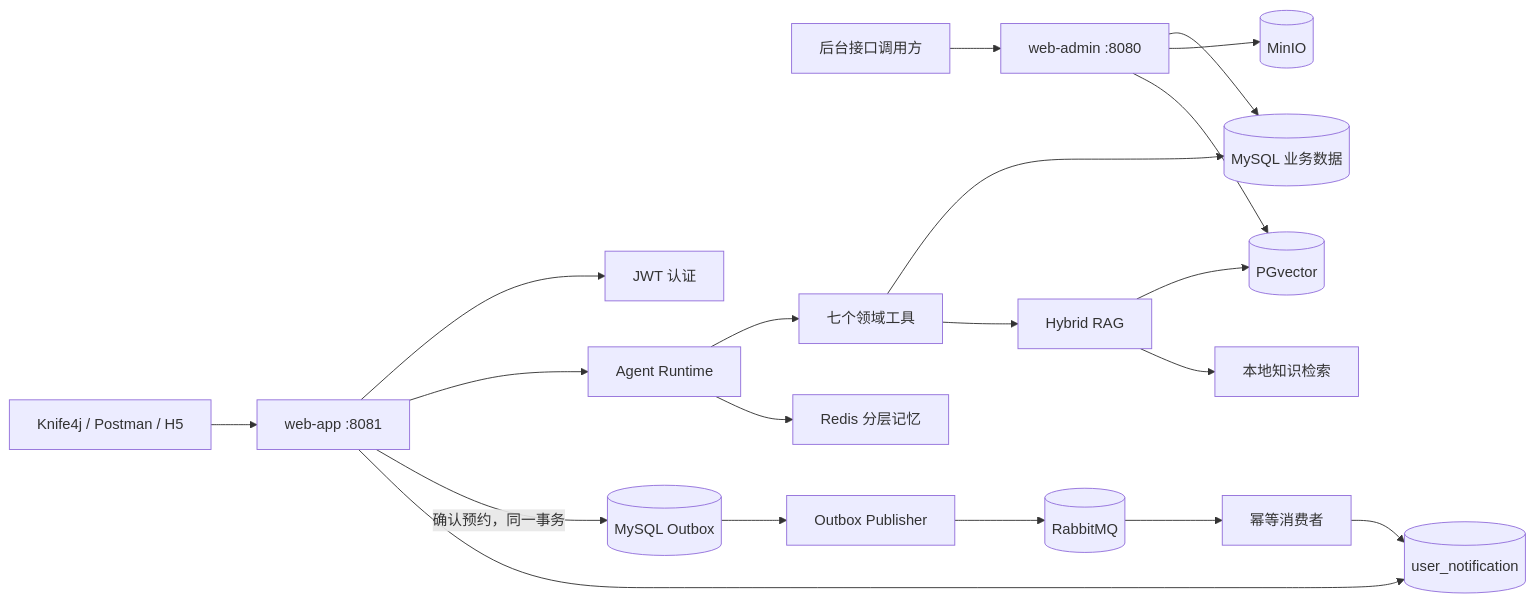
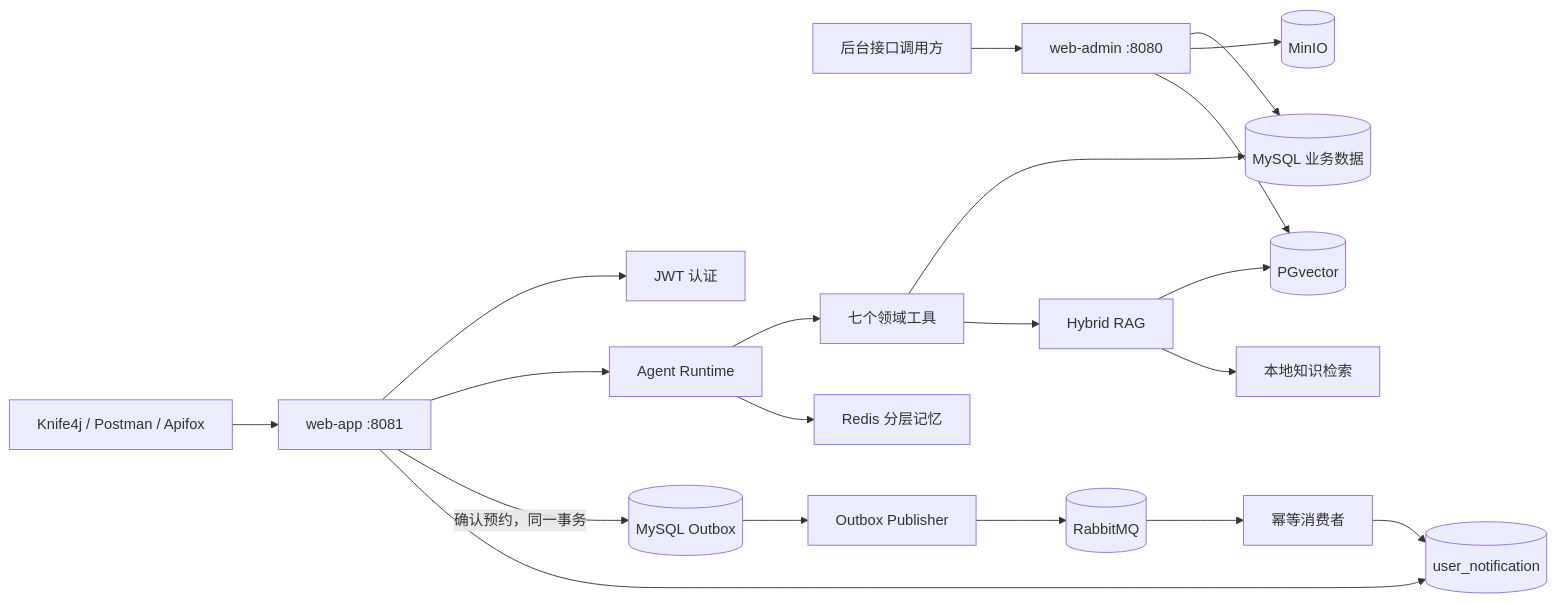
One commit to Masaerat/shangting-lease-ywyVersion changed the diagram in README.md. Above: the diagram before and after it, drawn with Mermaid. The commit also changed other lines of this file and 884 other files, not shown here.

````diff
--- a/README.md
+++ b/README.md
@@ -22,22 +22,22 @@
 ```mermaid
 flowchart LR
-    Client[Knife4j / Postman / H5] --> App[web-app :8081]
+    Client[Knife4j / Postman / Apifox] --> App[web-app :8081]
     AdminClient[后台接口调用方] --> Admin[web-admin :8080]
     App --> Auth[JWT 认证]
     App --> Runtime[Agent Runtime]
     Runtime --> Tools[七个领域工具]
     Runtime --> Memory[Redis 分层记忆]
     Tools --> MySQL[(MySQL 业务数据)]
     Tools --> RAG[Hybrid RAG]
     RAG --> PG[(PGvector)]
     RAG --> Local[本地知识检索]
     Admin --> MySQL
     Admin --> MinIO[(MinIO)]
     Admin --> PG
     App -->|确认预约，同一事务| Outbox[(MySQL Outbox)]
     Outbox --> Publisher[Outbox Publisher]
     Publisher --> MQ[(RabbitMQ)]
     MQ --> Consumer[幂等消费者]
     Consumer --> Notice[(user_notification)]
     App --> Notice
 ```
````
